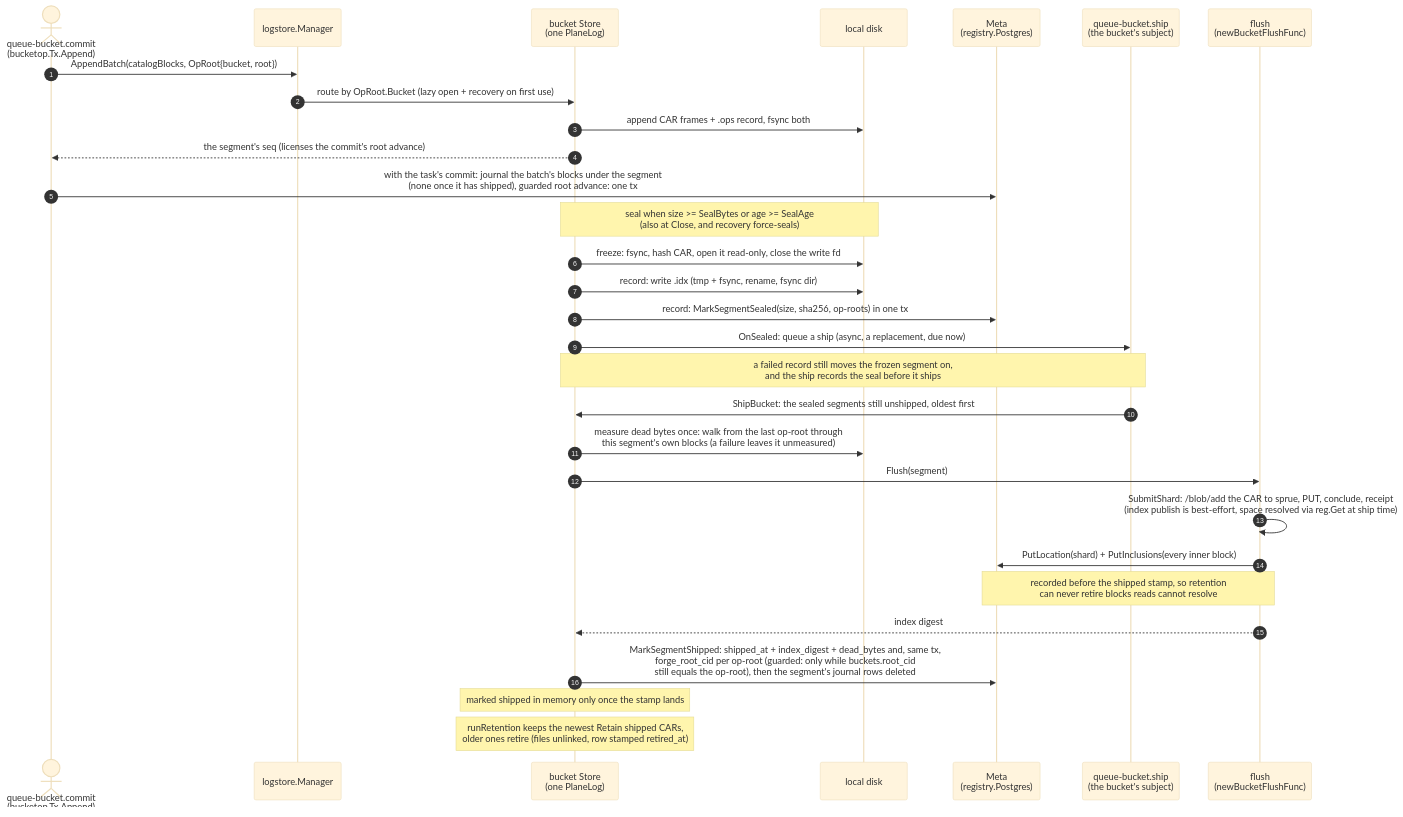
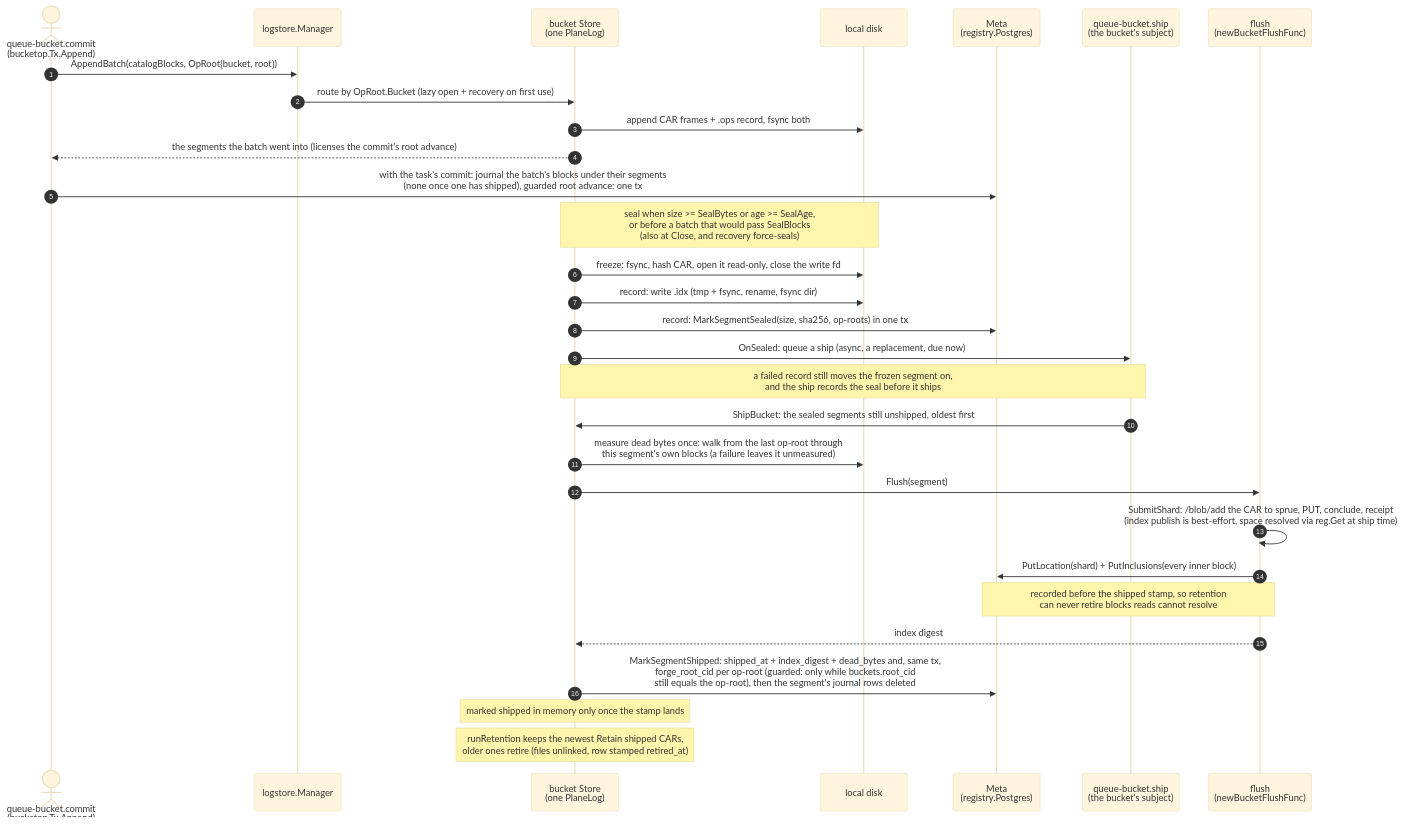
Before and after one commit to fil-forge/ingot: the first of 2 diagrams in logstore/README.md, drawn with Mermaid (base theme). The commit also changed other lines of this file and 16 other files, not shown here.

First line of the commit message:
sc-104 fix: split a commit too large for one segment, and always ship an index

````diff
--- a/logstore/README.md
+++ b/logstore/README.md
@@ -57,35 +57,35 @@
 ```mermaid
 sequenceDiagram
     autonumber
     actor C as queue-bucket.commit<br/>(bucketop.Tx.Append)
     participant M as logstore.Manager
     participant S as bucket Store<br/>(one PlaneLog)
     participant FS as local disk
     participant DB as Meta<br/>(registry.Postgres)
     participant Q as queue-bucket.ship<br/>(the bucket's subject)
     participant F as flush<br/>(newBucketFlushFunc)
 
     C->>M: AppendBatch(catalogBlocks, OpRoot{bucket, root})
     M->>S: route by OpRoot.Bucket (lazy open + recovery on first use)
     S->>FS: append CAR frames + .ops record, fsync both
-    S-->>C: the segment's seq (licenses the commit's root advance)
-    C->>DB: with the task's commit: journal the batch's blocks under the segment<br/>(none once it has shipped), guarded root advance: one tx
+    S-->>C: the segments the batch went into (licenses the commit's root advance)
+    C->>DB: with the task's commit: journal the batch's blocks under their segments<br/>(none once one has shipped), guarded root advance: one tx
 
-    Note over S,FS: seal when size >= SealBytes or age >= SealAge<br/>(also at Close, and recovery force-seals)
+    Note over S,FS: seal when size >= SealBytes or age >= SealAge,<br/>or before a batch that would pass SealBlocks<br/>(also at Close, and recovery force-seals)
     S->>FS: freeze: fsync, hash CAR, open it read-only, close the write fd
     S->>FS: record: write .idx (tmp + fsync, rename, fsync dir)
     S->>DB: record: MarkSegmentSealed(size, sha256, op-roots) in one tx
     S->>Q: OnSealed: queue a ship (async, a replacement, due now)
     Note over S,Q: a failed record still moves the frozen segment on,<br/>and the ship records the seal before it ships
     Q->>S: ShipBucket: the sealed segments still unshipped, oldest first
 
     S->>FS: measure dead bytes once: walk from the last op-root through<br/>this segment's own blocks (a failure leaves it unmeasured)
     S->>F: Flush(segment)
     F->>F: SubmitShard: /blob/add the CAR to sprue, PUT, conclude, receipt<br/>(index publish is best-effort, space resolved via reg.Get at ship time)
     F->>DB: PutLocation(shard) + PutInclusions(every inner block)
     Note over F,DB: recorded before the shipped stamp, so retention<br/>can never retire blocks reads cannot resolve
     F-->>S: index digest
     S->>DB: MarkSegmentShipped: shipped_at + index_digest + dead_bytes and, same tx,<br/>forge_root_cid per op-root (guarded: only while buckets.root_cid<br/>still equals the op-root), then the segment's journal rows deleted
     Note over S: marked shipped in memory only once the stamp lands
     Note over S: runRetention keeps the newest Retain shipped CARs,<br/>older ones retire (files unlinked, row stamped retired_at)
 ```
````
